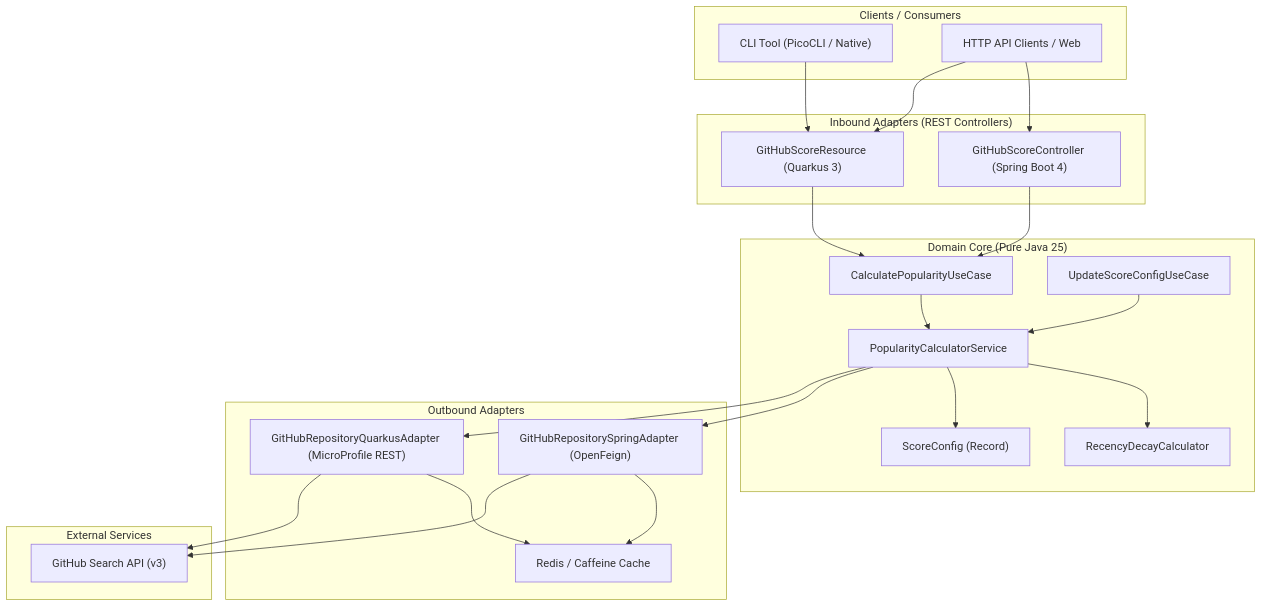
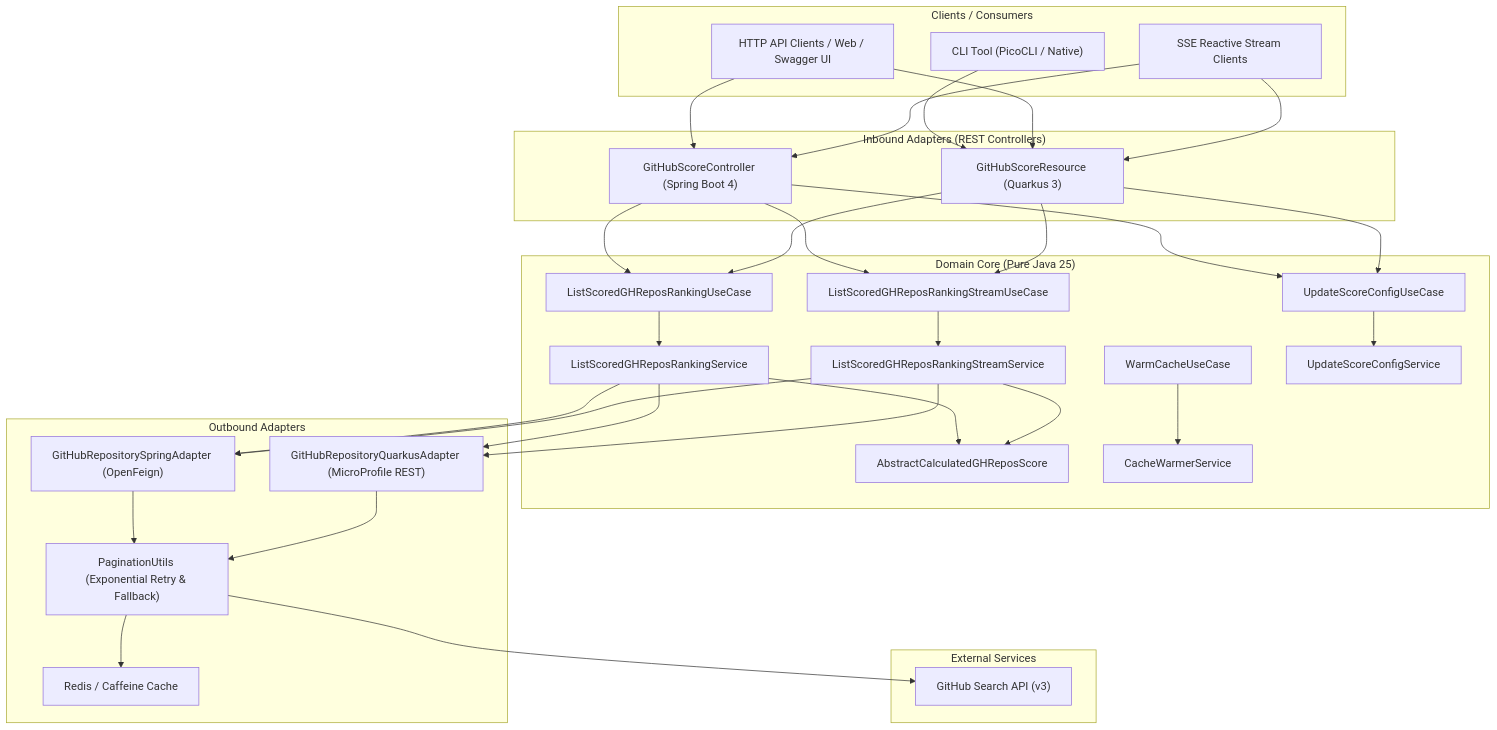
The diagram in README.md (scout23DF/alns-rcpharm-ghrepos-scorer), drawn with Mermaid before and after one commit. The commit also changed other lines of this file and 7 other files, not shown here.

Commit message:
docs: update README.md, AGY.md, and specs/challenge-spec-01.md with SSE stream and resilience details

````diff
--- a/README.md
+++ b/README.md
@@ -22,51 +22,70 @@
 ```mermaid
 flowchart TD
     subgraph Clients["Clients / Consumers"]
         CLI["CLI Tool (PicoCLI / Native)"]
-        HTTP["HTTP API Clients / Web"]
+        HTTP["HTTP API Clients / Web / Swagger UI"]
+        SSE["SSE Reactive Stream Clients"]
     end
 
     subgraph AdaptersIn["Inbound Adapters (REST Controllers)"]
         SpringCtrl["GitHubScoreController (Spring Boot 4)"]
         QuarkusRes["GitHubScoreResource (Quarkus 3)"]
     end
 
     subgraph DomainCore["Domain Core (Pure Java 25)"]
-        UseCase["CalculatePopularityUseCase"]
+        RankUseCase["ListScoredGHReposRankingUseCase"]
+        StreamUseCase["ListScoredGHReposRankingStreamUseCase"]
         ConfigUseCase["UpdateScoreConfigUseCase"]
-        Service["PopularityCalculatorService"]
-        DecayCalc["RecencyDecayCalculator"]
-        ConfigModel["ScoreConfig (Record)"]
+        WarmUseCase["WarmCacheUseCase"]
+        
+        AbstractScore["AbstractCalculatedGHReposScore"]
+        RankService["ListScoredGHReposRankingService"]
+        StreamService["ListScoredGHReposRankingStreamService"]
+        ConfigService["UpdateScoreConfigService"]
+        WarmerService["CacheWarmerService"]
     end
 
     subgraph AdaptersOut["Outbound Adapters"]
         SpringAdapter["GitHubRepositorySpringAdapter (OpenFeign)"]
         QuarkusAdapter["GitHubRepositoryQuarkusAdapter (MicroProfile REST)"]
+        PaginationUtils["PaginationUtils (Exponential Retry & Fallback)"]
         RedisCache["Redis / Caffeine Cache"]
     end
 
     subgraph External["External Services"]
         GHApi["GitHub Search API (v3)"]
     end
 
     CLI --> QuarkusRes
     HTTP --> SpringCtrl
     HTTP --> QuarkusRes
+    SSE --> SpringCtrl
+    SSE --> QuarkusRes
 
-    SpringCtrl --> UseCase
-    QuarkusRes --> UseCase
+    SpringCtrl --> RankUseCase
+    SpringCtrl --> StreamUseCase
+    SpringCtrl --> ConfigUseCase
+    
+    QuarkusRes --> RankUseCase
+    QuarkusRes --> StreamUseCase
+    QuarkusRes --> ConfigUseCase
 
-    UseCase --> Service
-    ConfigUseCase --> Service
-    Service --> DecayCalc
-    Service --> ConfigModel
+    RankUseCase --> RankService
+    StreamUseCase --> StreamService
+    ConfigUseCase --> ConfigService
+    WarmUseCase --> WarmerService
 
-    Service --> SpringAdapter
-    Service --> QuarkusAdapter
+    RankService --> AbstractScore
+    StreamService --> AbstractScore
 
-    SpringAdapter --> RedisCache
-    SpringAdapter --> GHApi
+    RankService --> SpringAdapter
+    RankService --> QuarkusAdapter
+    StreamService --> SpringAdapter
+    StreamService --> QuarkusAdapter
 
-    QuarkusAdapter --> RedisCache
-    QuarkusAdapter --> GHApi
+    SpringAdapter --> PaginationUtils
+    QuarkusAdapter --> PaginationUtils
+
+    PaginationUtils --> RedisCache
+    PaginationUtils --> GHApi
 ```
````
